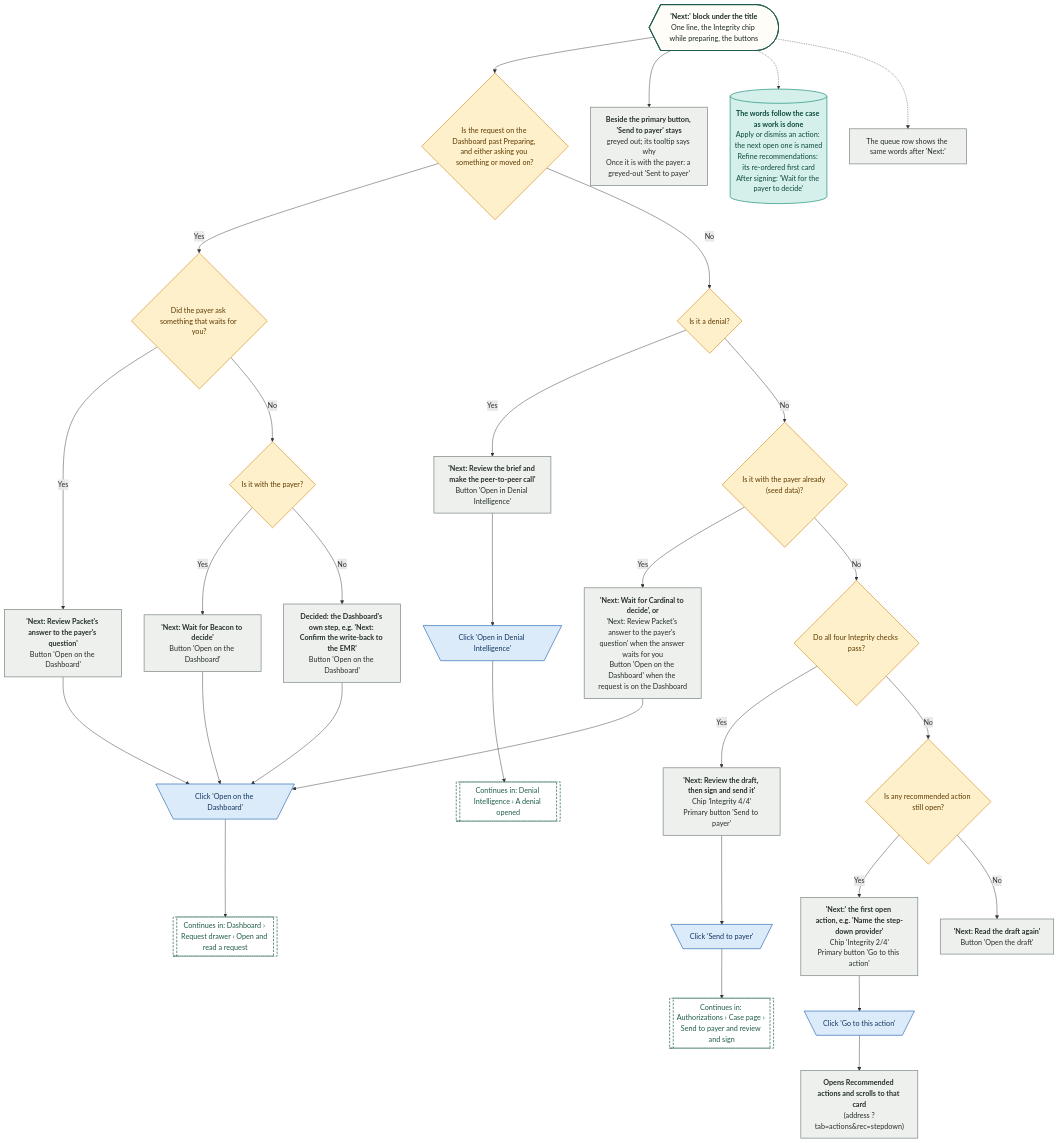
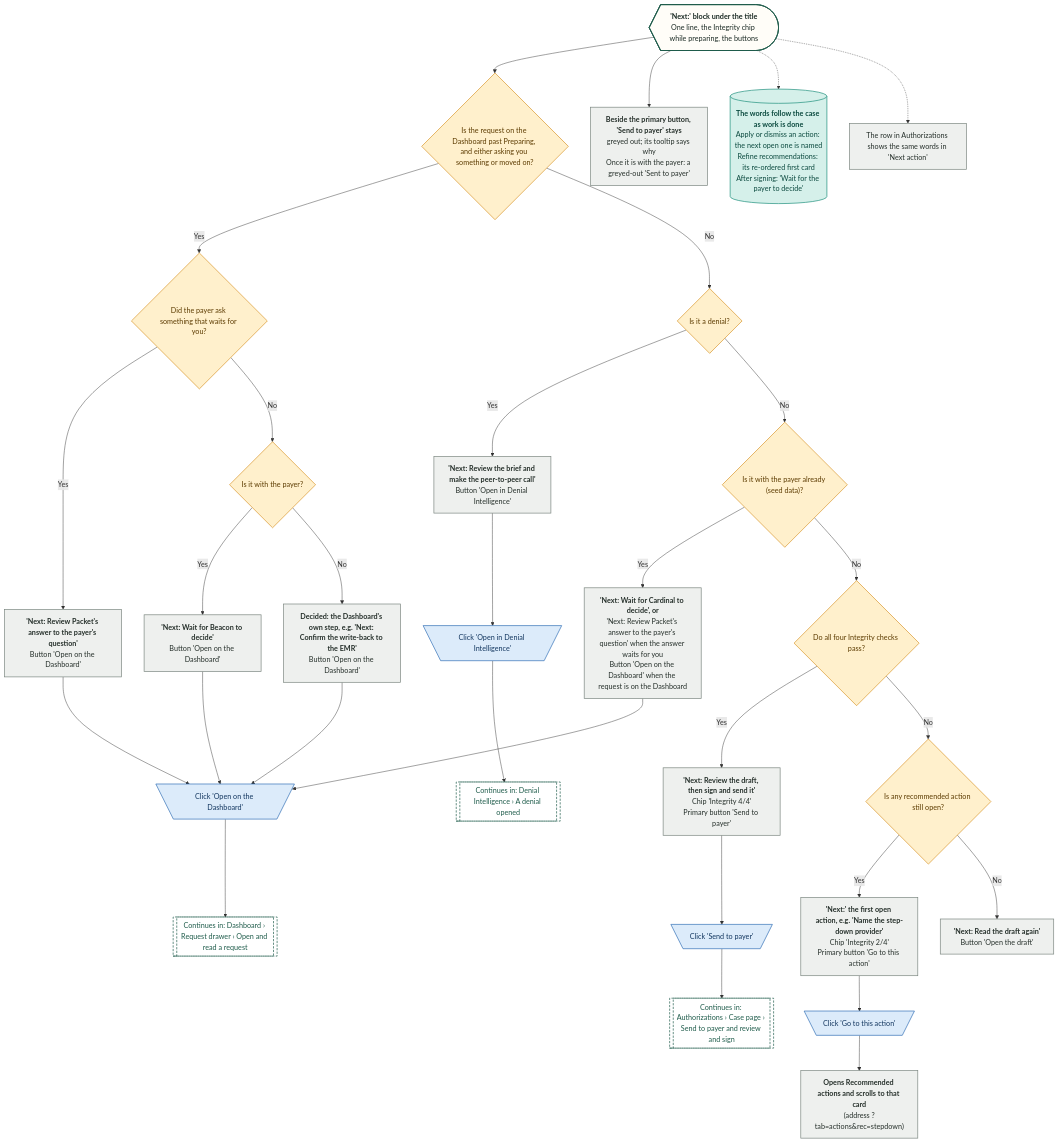
Before and after one commit to Shrav143/psyfloapp: diagram 14 of 38 in demos/prior-auth-demo/workflows/out/md/03-authorizations.md, drawn with Mermaid. The commit also changed other lines of this file and 113 other files, not shown here.

First line of the commit message:
docs: workflow diagrams for the merged Authorizations (worklist, approved, reviews and tracked cases, sidebar arrow), every link retargeted, 336 diagrams

````diff
--- a/demos/prior-auth-demo/workflows/out/md/03-authorizations.md
+++ b/demos/prior-auth-demo/workflows/out/md/03-authorizations.md
@@ -829,71 +1163,71 @@
 ```mermaid
 %%{init: {"theme":"base","themeVariables":{"fontFamily":"'DM Sans', 'Segoe UI', system-ui, sans-serif","fontSize":"15px","lineColor":"#5B6B63","primaryTextColor":"#1C2B25","clusterBkg":"#FBF8F3","clusterBorder":"#D9CDBB","edgeLabelBackground":"#FFFFFF"},"flowchart":{"curve":"basis","nodeSpacing":36,"rankSpacing":48,"padding":12,"htmlLabels":true,"useMaxWidth":false,"wrappingWidth":230}} }%%
 flowchart TD
   classDef k_start fill:#1F5C4B,stroke:#174638,color:#FFFFFF,stroke-width:1.5px,font-weight:600
   classDef k_end fill:#DDEFE3,stroke:#2E7D4F,color:#14502F,stroke-width:1.5px,font-weight:600
   classDef k_endx fill:#FBE3E0,stroke:#C0392B,color:#7A1F16,stroke-width:1.5px,font-weight:600
   classDef k_screen fill:#FFFDF8,stroke:#1F5C4B,color:#1C2B25,stroke-width:2px
   classDef k_overlay fill:#F1F7F3,stroke:#1F5C4B,color:#1C2B25,stroke-width:2px,stroke-dasharray:5 3
   classDef k_click fill:#DCEBFA,stroke:#2F6DB5,color:#12365F,stroke-width:1.5px
   classDef k_input fill:#E4E7FF,stroke:#4C5FD5,color:#1D2670,stroke-width:1.5px
   classDef k_process fill:#EEF0EE,stroke:#7A857F,color:#26302B,stroke-width:1.5px
   classDef k_agent fill:#EEE5FA,stroke:#7A4FC2,color:#341A63,stroke-width:1.5px
   classDef k_decision fill:#FFF0CC,stroke:#D9962B,color:#5C3B00,stroke-width:1.5px
   classDef k_store fill:#D5F0EA,stroke:#1C8E7B,color:#0B4A3F,stroke-width:1.5px
   classDef k_doc fill:#F6E9DC,stroke:#B07A4C,color:#4A2E14,stroke-width:1.5px
   classDef k_ext fill:#FFE6D2,stroke:#E07B39,color:#6B2F06,stroke-width:1.5px
   classDef k_wait fill:#E4E8EE,stroke:#6B7C93,color:#26303D,stroke-width:1.5px
   classDef k_toast fill:#FFF9DB,stroke:#C9A400,color:#5A4A00,stroke-width:1.5px
   classDef k_goto fill:#FFFFFF,stroke:#1F5C4B,color:#1F5C4B,stroke-width:1.5px,stroke-dasharray:5 3
   nb@{ shape: curv-trap, label: "<b>'Next:' block under the title</b><br/>One line, the Integrity chip while preparing, the buttons" }
   d1@{ shape: diam, label: "Is the request on the Dashboard past Preparing, and either asking you something or moved on?" }
   d2@{ shape: diam, label: "Did the payer ask something that waits for you?" }
   n1@{ shape: rect, label: "<b>'Next: Review Packet's answer to the payer's question'</b><br/>Button 'Open on the Dashboard'" }
   dw@{ shape: diam, label: "Is it with the payer?" }
   nw@{ shape: rect, label: "<b>'Next: Wait for Beacon to decide'</b><br/>Button 'Open on the Dashboard'" }
   n2@{ shape: rect, label: "<b>Decided: the Dashboard's own step, e.g. 'Next: Confirm the write-back to the EMR'</b><br/>Button 'Open on the Dashboard'" }
   d3@{ shape: diam, label: "Is it a denial?" }
   n3@{ shape: rect, label: "<b>'Next: Review the brief and make the peer-to-peer call'</b><br/>Button 'Open in Denial Intelligence'" }
   d4@{ shape: diam, label: "Is it with the payer already (seed data)?" }
   n4@{ shape: rect, label: "<b>'Next: Wait for Cardinal to decide', or</b><br/>'Next: Review Packet's answer to the payer's question' when the answer waits for you<br/>Button 'Open on the Dashboard' when the request is on the Dashboard" }
   d5@{ shape: diam, label: "Do all four Integrity checks pass?" }
   n5@{ shape: rect, label: "<b>'Next: Review the draft, then sign and send it'</b><br/>Chip 'Integrity 4/4'<br/>Primary button 'Send to payer'" }
   d6@{ shape: diam, label: "Is any recommended action still open?" }
   n6@{ shape: rect, label: "<b>'Next:' the first open action, e.g. 'Name the step-down provider'</b><br/>Chip 'Integrity 2/4'<br/>Primary button 'Go to this action'" }
   n7@{ shape: rect, label: "<b>'Next: Read the draft again'</b><br/>Button 'Open the draft'" }
   sg@{ shape: rect, label: "<b>Beside the primary button, 'Send to payer' stays</b><br/>greyed out; its tooltip says why<br/>Once it is with the payer: a greyed-out 'Sent to payer'" }
   c1@{ shape: trap-t, label: "Click 'Go to this action'" }
   t1@{ shape: rect, label: "<b>Opens Recommended actions and scrolls to that card</b><br/>(address ?tab=actions&rec=stepdown)" }
   c2@{ shape: trap-t, label: "Click 'Send to payer'" }
   g2@{ shape: subproc, label: "Continues in: Authorizations › Case page › Send to payer and review and sign" }
   c3@{ shape: trap-t, label: "Click 'Open on the Dashboard'" }
   g3@{ shape: subproc, label: "Continues in: Dashboard › Request drawer › Open and read a request" }
   c4@{ shape: trap-t, label: "Click 'Open in Denial Intelligence'" }
   g4@{ shape: subproc, label: "Continues in: Denial Intelligence › A denial opened" }
   fl@{ shape: cyl, label: "<b>The words follow the case as work is done</b><br/>Apply or dismiss an action: the next open one is named<br/>Refine recommendations: its re-ordered first card<br/>After signing: 'Wait for the payer to decide'" }
-  q@{ shape: rect, label: "The queue row shows the same words after 'Next:'" }
+  q@{ shape: rect, label: "The row in Authorizations shows the same words in 'Next action'" }
   nb --> d1
   d1 -->|"Yes"| d2
   d2 -->|"Yes"| n1 --> c3
   d2 -->|"No"| dw
   dw -->|"Yes"| nw --> c3
   dw -->|"No"| n2 --> c3
   d1 -->|"No"| d3
   d3 -->|"Yes"| n3 --> c4 --> g4
   d3 -->|"No"| d4
   d4 -->|"Yes"| n4 --> c3 --> g3
   d4 -->|"No"| d5
   d5 -->|"Yes"| n5 --> c2 --> g2
   d5 -->|"No"| d6
   d6 -->|"Yes"| n6 --> c1 --> t1
   d6 -->|"No"| n7
   nb --> sg
   nb -.-> fl
   nb -.-> q
   class nb k_screen
   class d1,d2,dw,d3,d4,d5,d6 k_decision
   class n1,nw,n2,n3,n4,n5,n6,n7,sg,t1,q k_process
   class c1,c2,c3,c4 k_click
   class g2,g3,g4 k_goto
   class fl k_store
 ```
````
